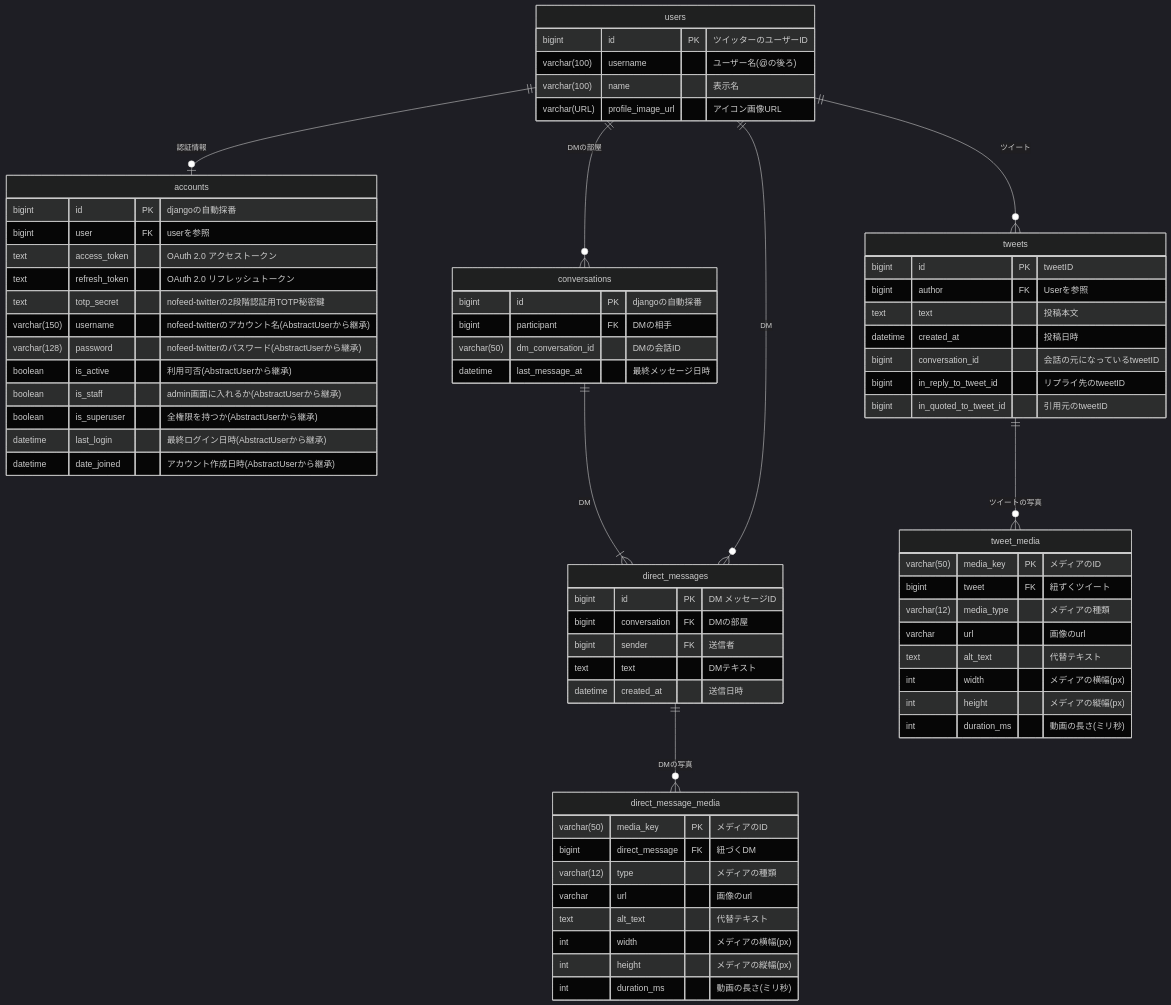
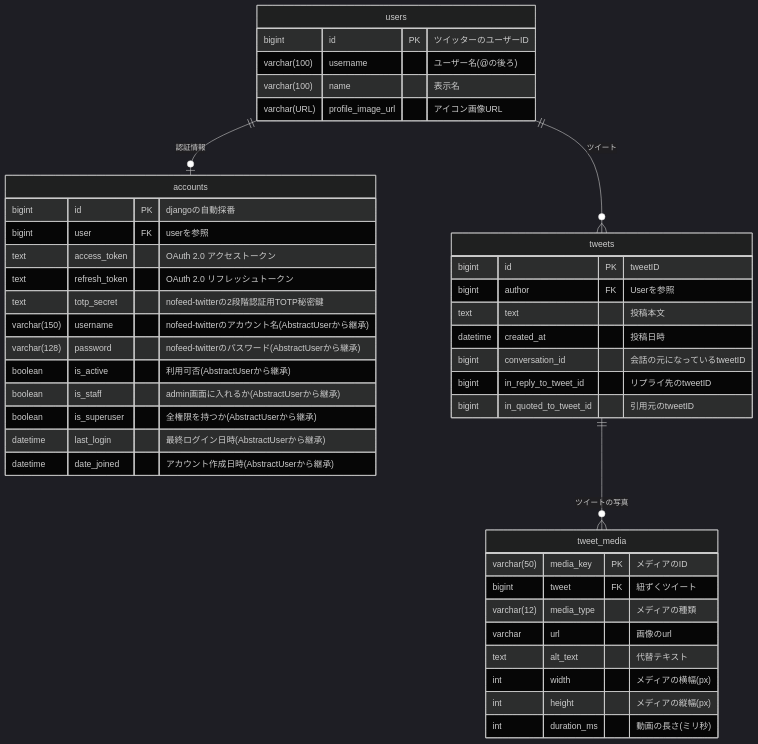
The diagram in docs/design/databese.md (Akeno-p/nofeed-twitter), drawn with Mermaid (dark theme) before and after one commit. The commit also changed other lines of this file and 28 other files, not shown here.

````diff
--- a/docs/design/databese.md
+++ b/docs/design/databese.md
@@ -18,79 +14,49 @@
 ```mermaid
 erDiagram
     users ||--o| accounts : "認証情報"
     users ||--o{ tweets:"ツイート"
-    users ||--o{ conversations:"DMの部屋"
-    conversations||--|{ direct_messages:"DM"
-    users ||--o{ direct_messages:"DM"
     tweets ||--o{ tweet_media:"ツイートの写真"
-    direct_messages||--o{ direct_message_media:"DMの写真"
 
 users{
     bigint id PK "ツイッターのユーザーID"
     varchar(100) username "ユーザー名(@の後ろ)"
     varchar(100) name "表示名"
     varchar(URL) profile_image_url "アイコン画像URL"
 }
 
 accounts{
     bigint id PK "djangoの自動採番"
     bigint user FK "userを参照"
     text access_token "OAuth 2.0 アクセストークン"
     text refresh_token "OAuth 2.0 リフレッシュトークン"
     text totp_secret "nofeed-twitterの2段階認証用TOTP秘密鍵"
     varchar(150) username "nofeed-twitterのアカウント名(AbstractUserから継承)"
     varchar(128) password "nofeed-twitterのパスワード(AbstractUserから継承)"
     boolean is_active "利用可否(AbstractUserから継承)"
     boolean is_staff "admin画面に入れるか(AbstractUserから継承)"
     boolean is_superuser "全権限を持つか(AbstractUserから継承)"
     datetime last_login "最終ログイン日時(AbstractUserから継承)"
     datetime date_joined "アカウント作成日時(AbstractUserから継承)"
 }
 
 tweets{
     bigint id PK "tweetID"
     bigint author FK "Userを参照"
     text text "投稿本文"
     datetime created_at "投稿日時"
     bigint conversation_id "会話の元になっているtweetID"
     bigint in_reply_to_tweet_id "リプライ先のtweetID"
     bigint in_quoted_to_tweet_id "引用元のtweetID"
     }
 
-conversations{
-    bigint id PK "djangoの自動採番"
-    bigint participant FK "DMの相手"
-    varchar(50) dm_conversation_id "DMの会話ID"
-    datetime last_message_at "最終メッセージ日時"
-}
-
-direct_messages{
-    bigint id PK "DM メッセージID"
-    bigint conversation FK "DMの部屋"
-    bigint sender FK "送信者"
-    text text "DMテキスト"
-    datetime created_at "送信日時"
-}
-
 tweet_media{
     varchar(50) media_key PK "メディアのID"
     bigint tweet FK "紐ずくツイート"
     varchar(12) media_type "メディアの種類"
     varchar url "画像のurl"
     text alt_text "代替テキスト"
     int width "メディアの横幅(px)"
     int height "メディアの縦幅(px)"
     int duration_ms "動画の長さ(ミリ秒)"
 }
-
-direct_message_media{
-    varchar(50) media_key PK "メディアのID"
-    bigint direct_message FK "紐づくDM"
-    varchar(12) type "メディアの種類"
-    varchar url "画像のurl"
-    text alt_text "代替テキスト"
-    int width "メディアの横幅(px)"
-    int height "メディアの縦幅(px)"
-    int duration_ms "動画の長さ(ミリ秒)"
-}
 ```
````
